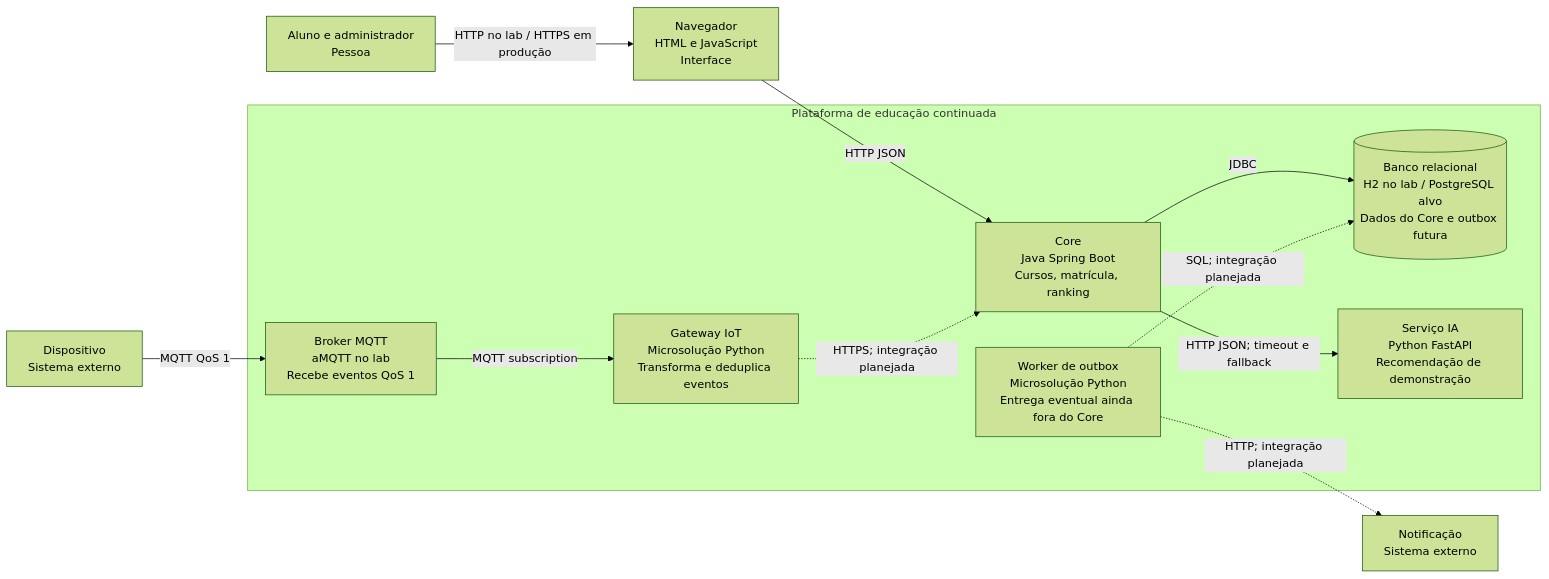
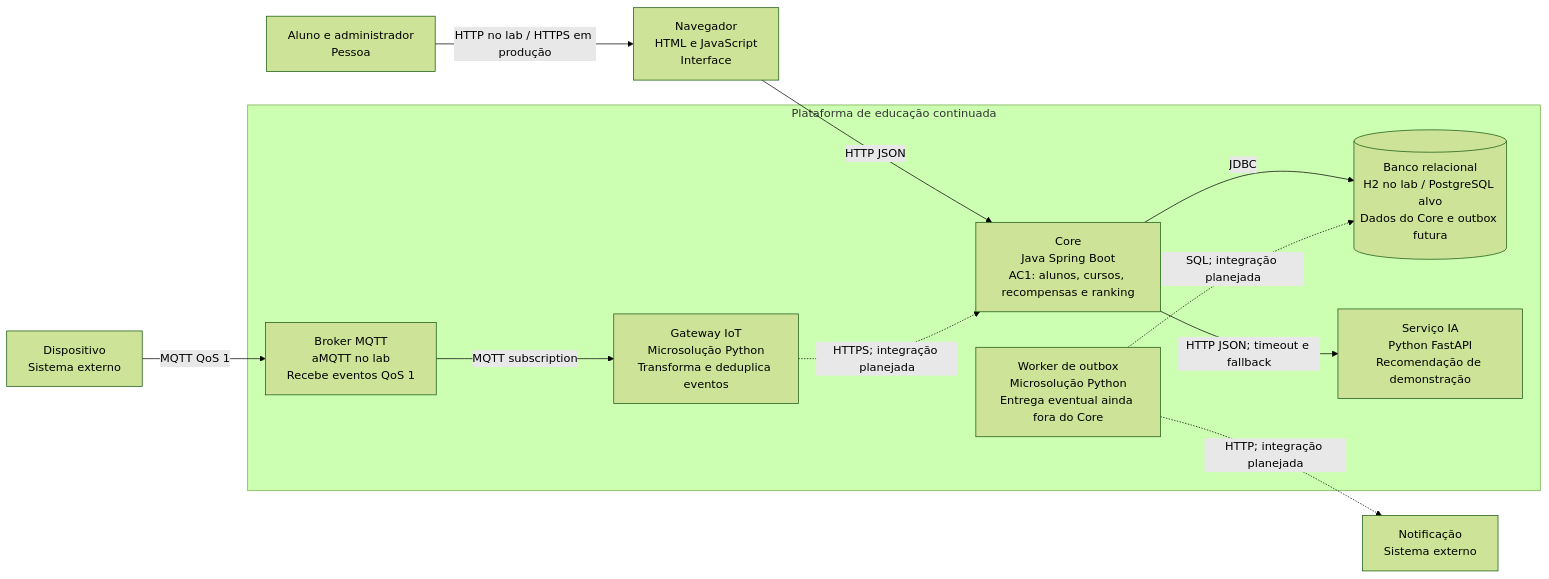
The first of 4 diagrams in docs/arquitetura/c4.md (Gustavo-Champam/Exercicio-B1-Arquitetura-de-Software-AC2), drawn with Mermaid (forest theme) before and after one commit. The commit also changed other lines of this file and 908 other files, not shown here.

````diff
--- a/docs/arquitetura/c4.md
+++ b/docs/arquitetura/c4.md
@@ -7,37 +7,37 @@
 ```mermaid
 flowchart LR
  aluno["Aluno e administrador
 Pessoa"] -->|"HTTP no lab / HTTPS em produção"| web["Navegador
 HTML e JavaScript
 Interface"]
  subgraph plataforma["Plataforma de educação continuada"]
  core["Core
 Java Spring Boot
-Cursos, matrícula, ranking"]
+AC1: alunos, cursos, recompensas e ranking"]
  db[("Banco relacional
 H2 no lab / PostgreSQL alvo
 Dados do Core e outbox futura")]
  ia["Serviço IA
 Python FastAPI
 Recomendação de demonstração"]
  worker["Worker de outbox
 Microsolução Python
 Entrega eventual ainda fora do Core"]
  gateway["Gateway IoT
 Microsolução Python
 Transforma e deduplica eventos"]
  mqtt["Broker MQTT
 aMQTT no lab
 Recebe eventos QoS 1"]
  end
  web -->|"HTTP JSON"| core
  core -->|"JDBC"| db
  core -->|"HTTP JSON; timeout e fallback"| ia
  worker -.->|"SQL; integração planejada"| db
  worker -.->|"HTTP; integração planejada"| notif["Notificação
 Sistema externo"]
  device["Dispositivo
 Sistema externo"] -->|"MQTT QoS 1"| mqtt
  mqtt -->|"MQTT subscription"| gateway
  gateway -.->|"HTTPS; integração planejada"| core
 ```
````
